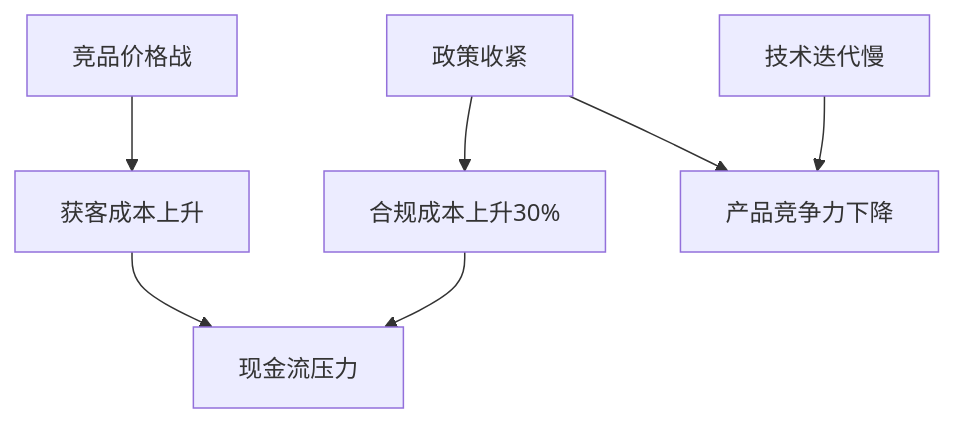
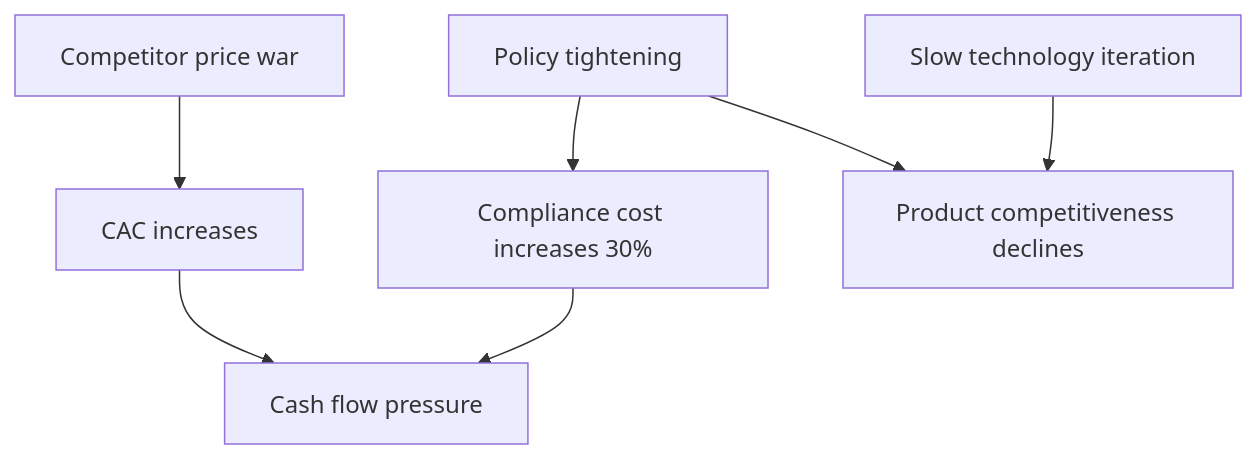
Before and after one commit to Kirky-X/cangjie: the second of 2 diagrams in templates/产品/战略层/【模板】市场调研报告.md, drawn with Mermaid. The commit also changed other lines of this file and 60 other files, not shown here.

````diff
--- a/templates/产品/战略层/【模板】市场调研报告.md
+++ b/templates/产品/战略层/【模板】市场调研报告.md
@@ -639,9 +603,9 @@
 ```mermaid
 flowchart TD
-    R1[政策收紧] --> I1[合规成本上升30%]
-    R2[竞品价格战] --> I2[获客成本上升]
-    R3[技术迭代慢] --> I3[产品竞争力下降]
+    R1[Policy tightening] --> I1[Compliance cost increases 30%]
+    R2[Competitor price war] --> I2[CAC increases]
+    R3[Slow technology iteration] --> I3[Product competitiveness declines]
     R1 --> I3
-    I1 --> I4[现金流压力]
+    I1 --> I4[Cash flow pressure]
     I2 --> I4
 ```
````
